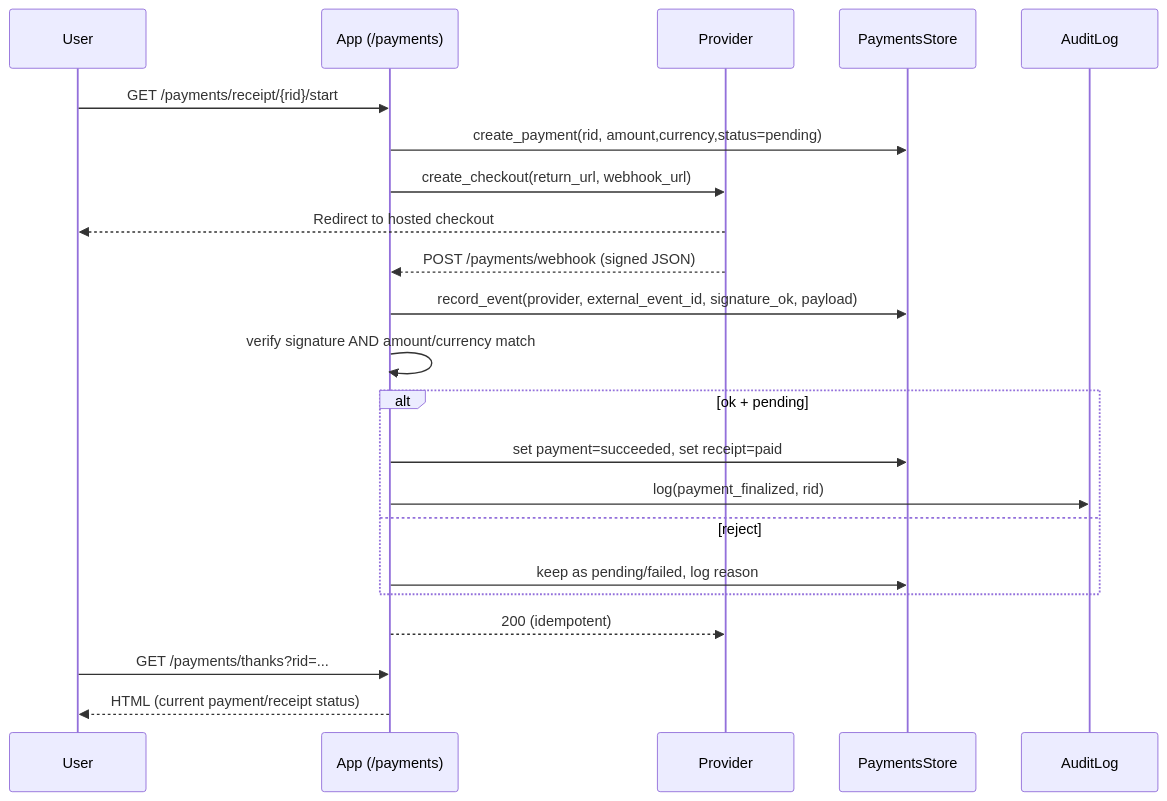
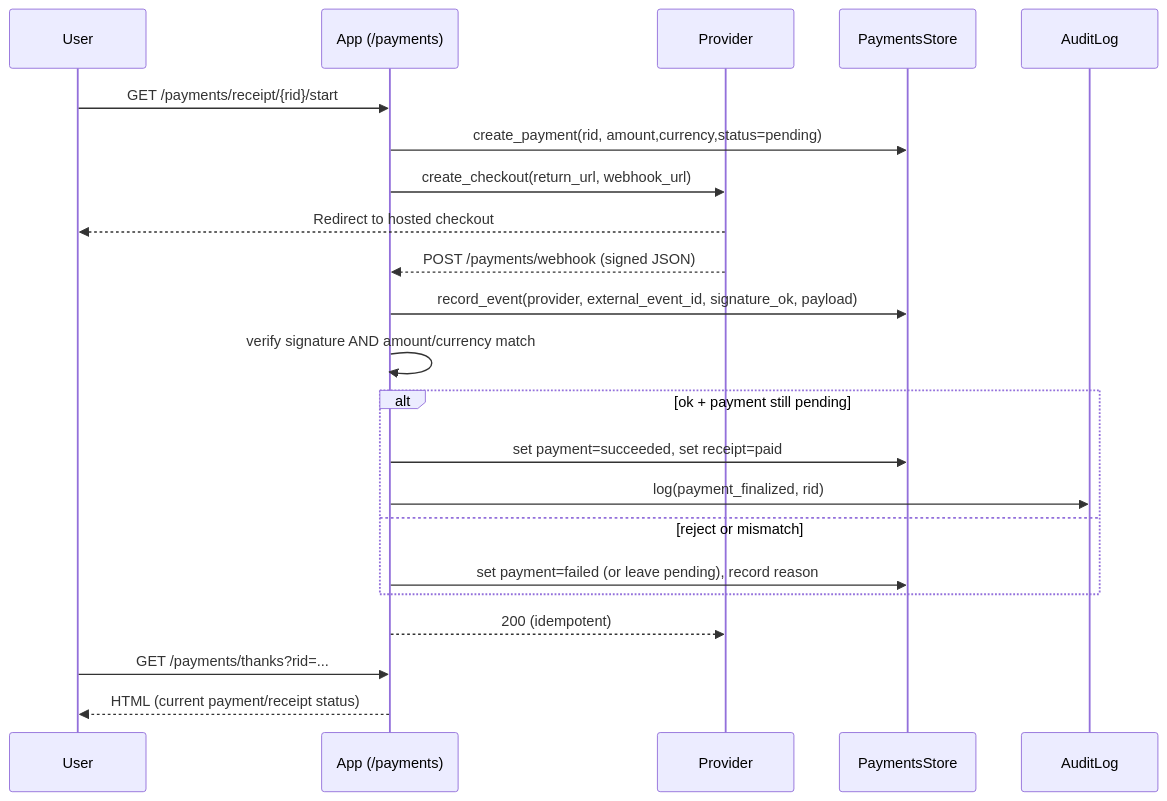
The eighth of 15 diagrams in docs/05-flows.md (Purinat33/hpc_flask), drawn with Mermaid before and after one commit. The commit also changed other lines of this file and 4 other files, not shown here.

````diff
--- a/docs/05-flows.md
+++ b/docs/05-flows.md
@@ -140,27 +230,27 @@
 ```mermaid
 sequenceDiagram
   participant U as User
   participant App as App (/payments)
   participant Prov as Provider
   participant P as PaymentsStore
   participant AUD as AuditLog
 
   U->>App: GET /payments/receipt/{rid}/start
   App->>P: create_payment(rid, amount,currency,status=pending)
   App->>Prov: create_checkout(return_url, webhook_url)
   Prov-->>U: Redirect to hosted checkout
 
   Prov-->>App: POST /payments/webhook (signed JSON)
   App->>P: record_event(provider, external_event_id, signature_ok, payload)
   App->>App: verify signature AND amount/currency match
-  alt ok + pending
+  alt ok + payment still pending
     App->>P: set payment=succeeded, set receipt=paid
     App->>AUD: log(payment_finalized, rid)
-  else reject
-    App->>P: keep as pending/failed, log reason
+  else reject or mismatch
+    App->>P: set payment=failed (or leave pending), record reason
   end
   App-->>Prov: 200 (idempotent)
 
   U->>App: GET /payments/thanks?rid=...
   App-->>U: HTML (current payment/receipt status)
 ```
````
